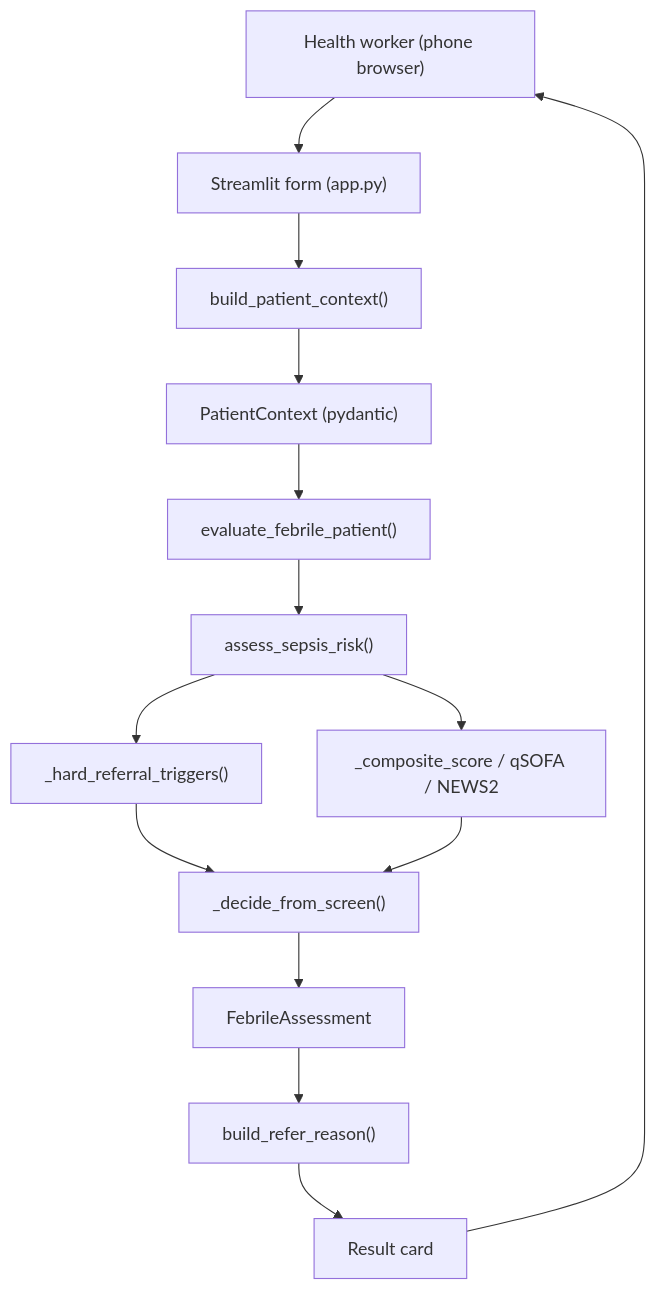
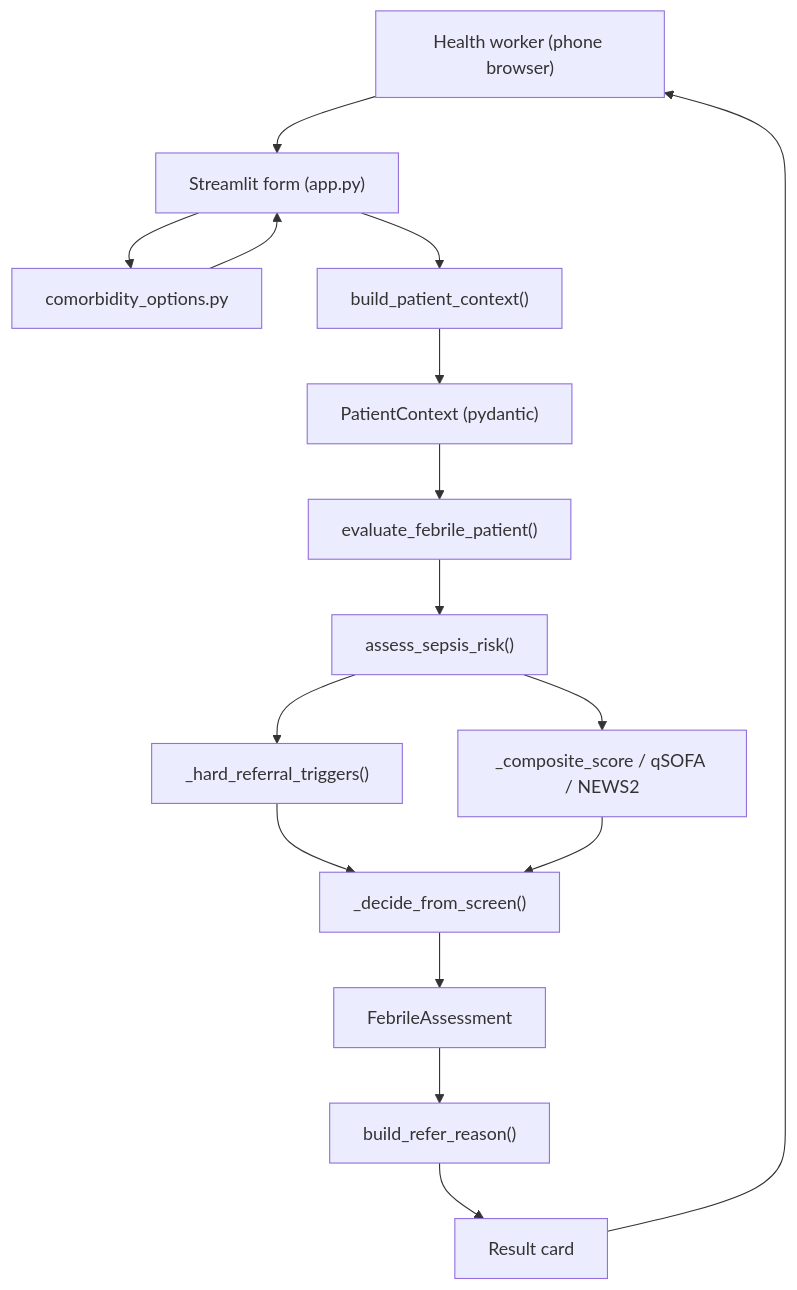
The diagram in engineering.md (gloryprospect39-blip/FEVER-Treat-or-Refer-), drawn with Mermaid before and after one commit. The commit also changed other lines of this file and 7 other files, not shown here.

````diff
--- a/engineering.md
+++ b/engineering.md
@@ -39,29 +41,32 @@
 ```mermaid
 flowchart TD
     worker["Health worker (phone browser)"]
     form["Streamlit form (app.py)"]
+    comorb["comorbidity_options.py"]
     builder["build_patient_context()"]
     ctx["PatientContext (pydantic)"]
     engine["evaluate_febrile_patient()"]
     screen["assess_sepsis_risk()"]
     hard["_hard_referral_triggers()"]
     score["_composite_score / qSOFA / NEWS2"]
     decide["_decide_from_screen()"]
     result["FebrileAssessment"]
     reason["build_refer_reason()"]
     card["Result card"]
 
     worker --> form
+    form --> comorb
+    comorb --> form
     form --> builder
     builder --> ctx
     ctx --> engine
     engine --> screen
     screen --> hard
     screen --> score
     hard --> decide
     score --> decide
     decide --> result
     result --> reason
     reason --> card
     card --> worker
 ```
````
